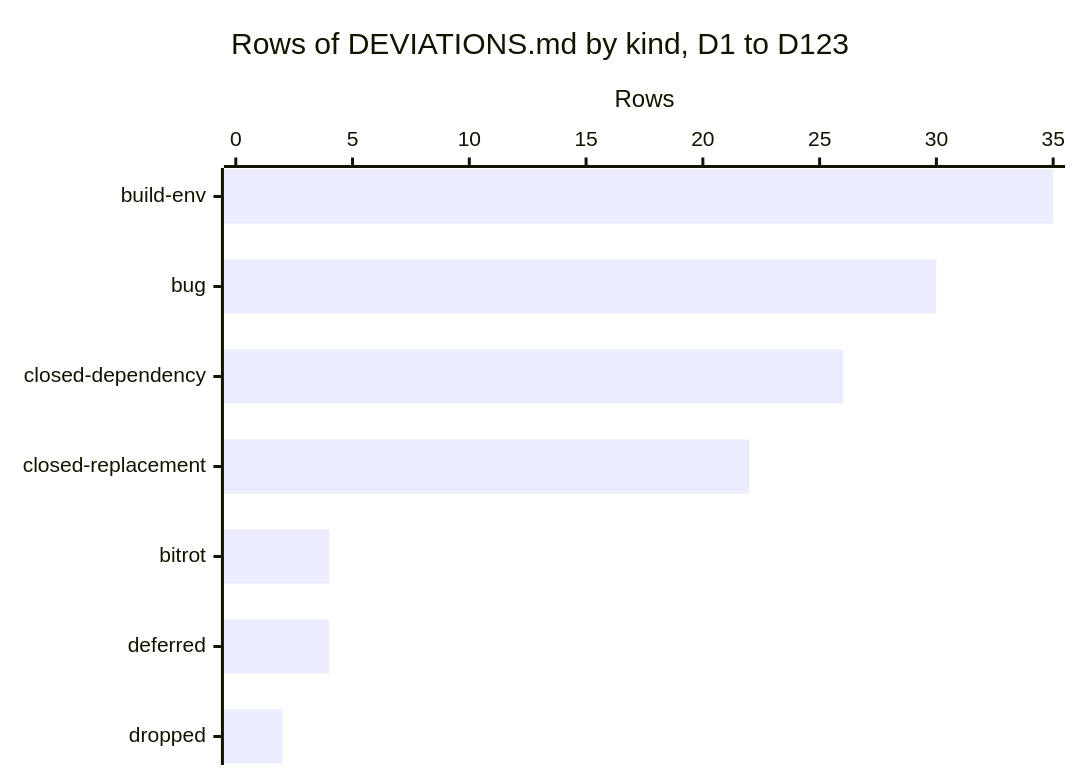
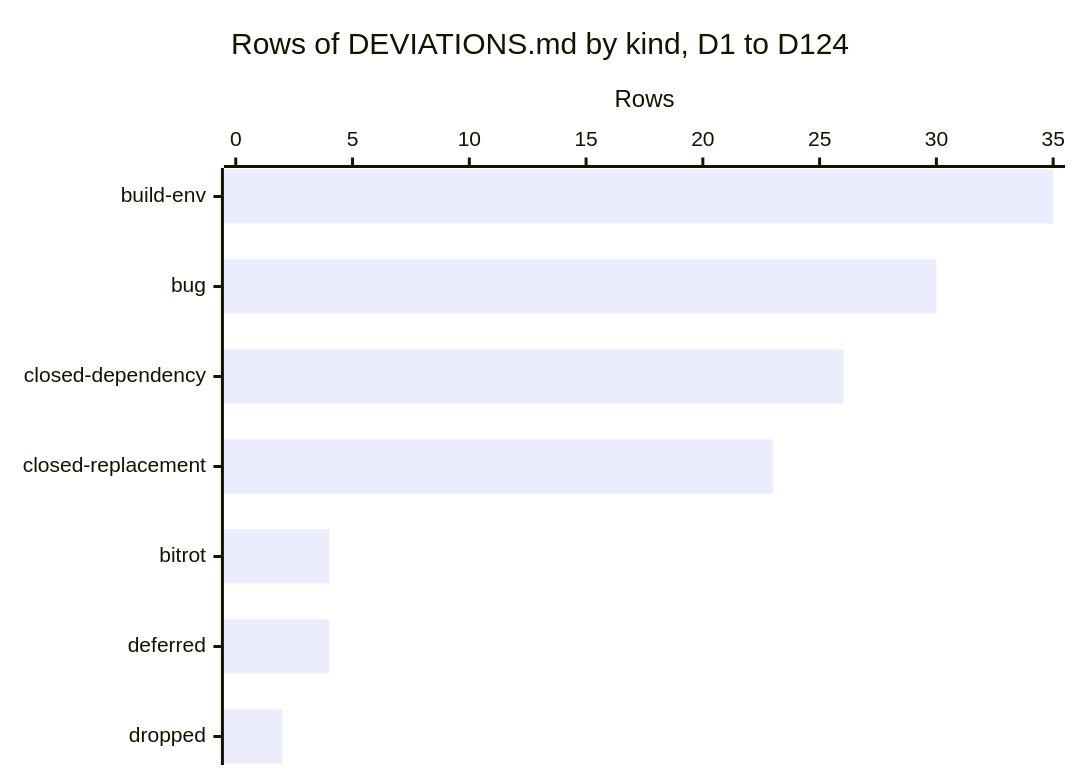
One commit to nyg/PowerDarwin changed the first of 2 diagrams in docs/src/synthesis/kinds-of-deviation.md. Above: the diagram before and after it, drawn with Mermaid. The commit also changed other lines of this file and 2 other files, not shown here.

Commit message:
docs: count the deviations up to D124 and name lsof among the programs that keep the build host

````diff
--- a/docs/src/synthesis/kinds-of-deviation.md
+++ b/docs/src/synthesis/kinds-of-deviation.md
@@ -27,7 +27,7 @@
 ```mermaid
 xychart-beta horizontal
-    title "Rows of DEVIATIONS.md by kind, D1 to D123"
+    title "Rows of DEVIATIONS.md by kind, D1 to D124"
     x-axis ["build-env", "bug", "closed-dependency", "closed-replacement", "bitrot", "deferred", "dropped"]
     y-axis "Rows" 0 --> 35
-    bar [35, 30, 26, 22, 4, 4, 2]
+    bar [35, 30, 26, 23, 4, 4, 2]
 ```
````
